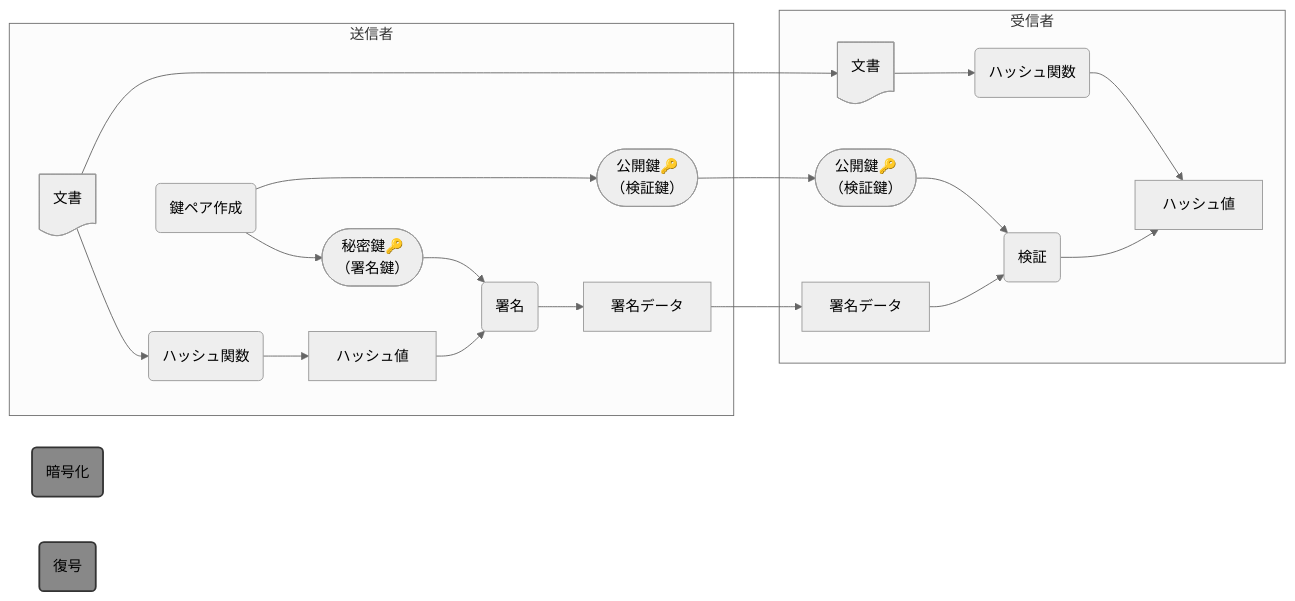
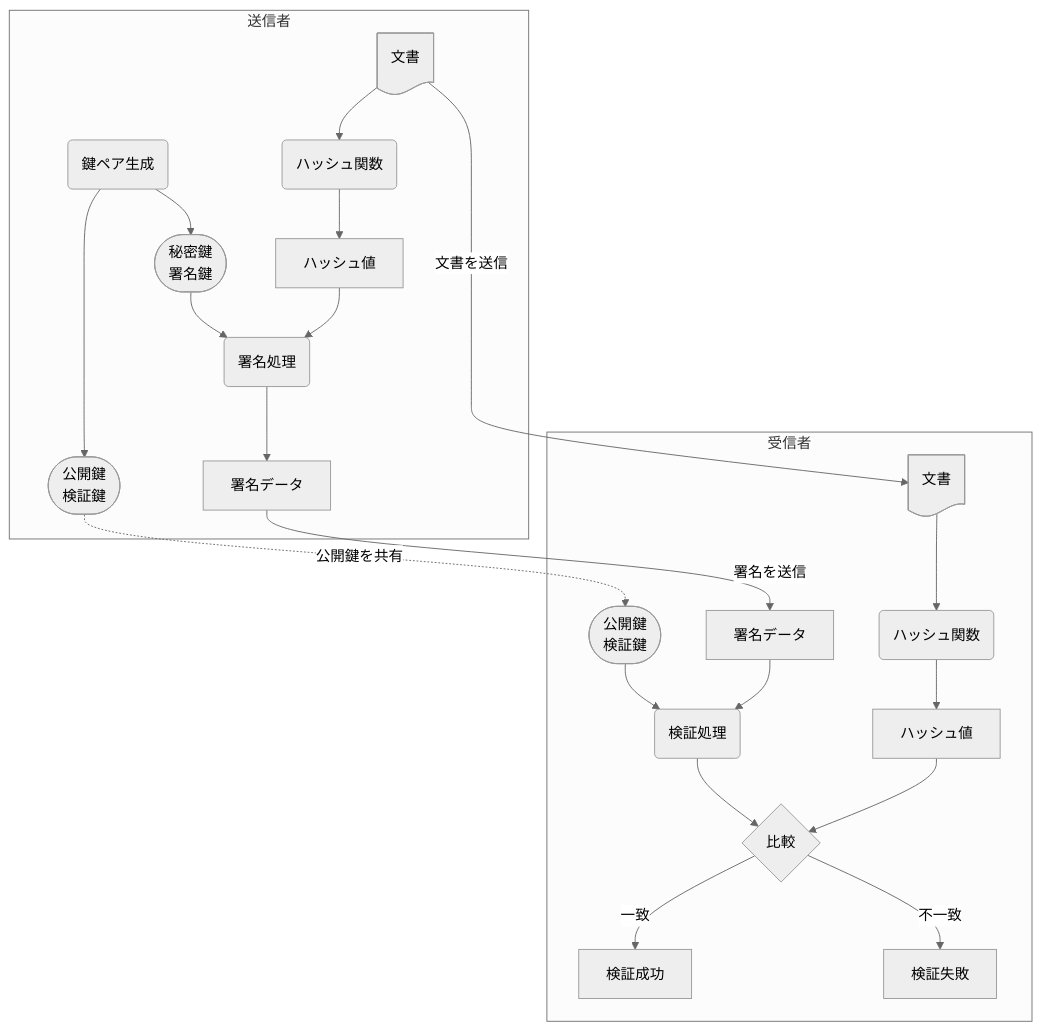
Before and after one commit to shuji-bonji/Notes-about-Digital-Signatures-and-Timestamps: the third of 4 diagrams in DigitalSignature.md, drawn with Mermaid (neutral theme). The commit also changed other lines of this file and 18 other files, not shown here.

````diff
--- a/DigitalSignature.md
+++ b/DigitalSignature.md
@@ -93,46 +214,31 @@
 ```mermaid
-graph LR
-    PKey([公開鍵🔑<br>（検証鍵）])
-    PKey_([公開鍵🔑<br>（検証鍵）])
-    SKey([秘密鍵🔑<br>（署名鍵）])
-    MS@{ shape: doc, label: "文書"}
-    MS_@{ shape: doc, label: "文書"}
-    SD[署名データ]
-    SD_[署名データ]
-    HA1[ハッシュ値]
-    HA2[ハッシュ値]
-    Kpc(鍵ペア作成)
-    HaF1(ハッシュ関数)
-    HaF2(ハッシュ関数)
-    En(暗号化)
-    De(復号)
-    Si(署名)
-    Ve(検証)
-    
+graph TB
     subgraph 送信者
-      Kpc --> SKey
-      Kpc --> PKey
-      MS --> HaF1
-      HaF1 --> HA1
-      SKey --> Si
-      HA1 --> Si
-      Si --> SD
-      
-    end
-      PKey --> PKey_
-      SD --> SD_
-      MS --> MS_
-    subgraph 受信者
-      MS_ --> HaF2
-      HaF2 --> HA2
-      PKey_ --> Ve
-      SD_ --> Ve
-      Ve --> HA2
+        Kpc(鍵ペア生成) --> SKey([秘密鍵<br>署名鍵])
+        Kpc --> PKey([公開鍵<br>検証鍵])
+        MS@{ shape: doc, label: "文書"}
+        MS --> HaF1(ハッシュ関数)
+        HaF1 --> HA1[ハッシュ値]
+        SKey --> Si(署名処理)
+        HA1 --> Si
+        Si --> SD[署名データ]
     end
 
-    %% クラス定義（背景色変更）
-    classDef highlight fill:#888888,stroke:#333,stroke-width:2px;
+    subgraph 受信者
+        MS_@{ shape: doc, label: "文書"}
+        MS_ --> HaF2(ハッシュ関数)
+        HaF2 --> HA2[ハッシュ値]
+        PKey_([公開鍵<br>検証鍵])
+        SD_[署名データ]
+        PKey_ --> Ve(検証処理)
+        SD_ --> Ve
+        Ve --> Compare{比較}
+        HA2 --> Compare
+        Compare -->|一致| OK[検証成功]
+        Compare -->|不一致| NG[検証失敗]
+    end
 
-    %% クラスをノードに割り当て
-    class KPC,En,De highlight;
+    PKey -.->|公開鍵を共有| PKey_
+    SD -->|署名を送信| SD_
+    MS -->|文書を送信| MS_
 ```
````
